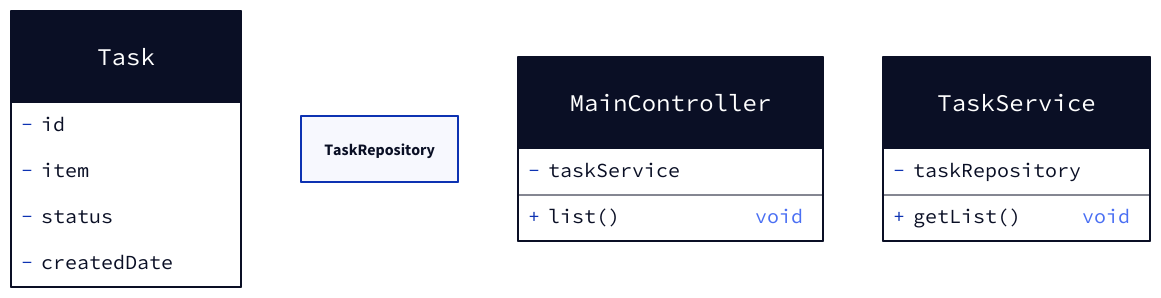
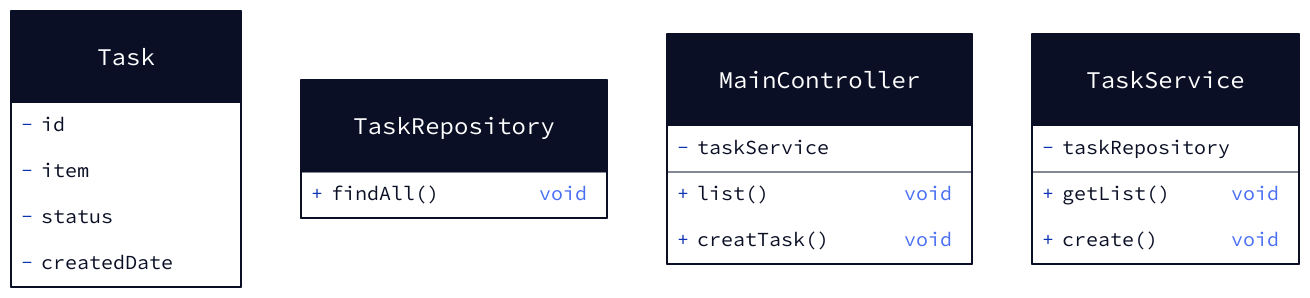
Before and after one commit to soljeong/todolist: the diagram in class.d2, drawn with D2. The commit also changed 4 other files, not shown here.

```diff
--- a/class.d2
+++ b/class.d2
@@ -1,25 +1,31 @@
 Task {
     shape : class
 
     -id
     -item
     -status
     -createdDate
 }
 
-TaskRepository
+TaskRepository {
+    shape : class
+
+    findAll()
+}
 
 MainController {
     shape : class
 
     -taskService
     list()
+    creatTask()
     
 }
 
 TaskService {
     shape : class
 
     -taskRepository
     getList()
+    create()
 }
```
